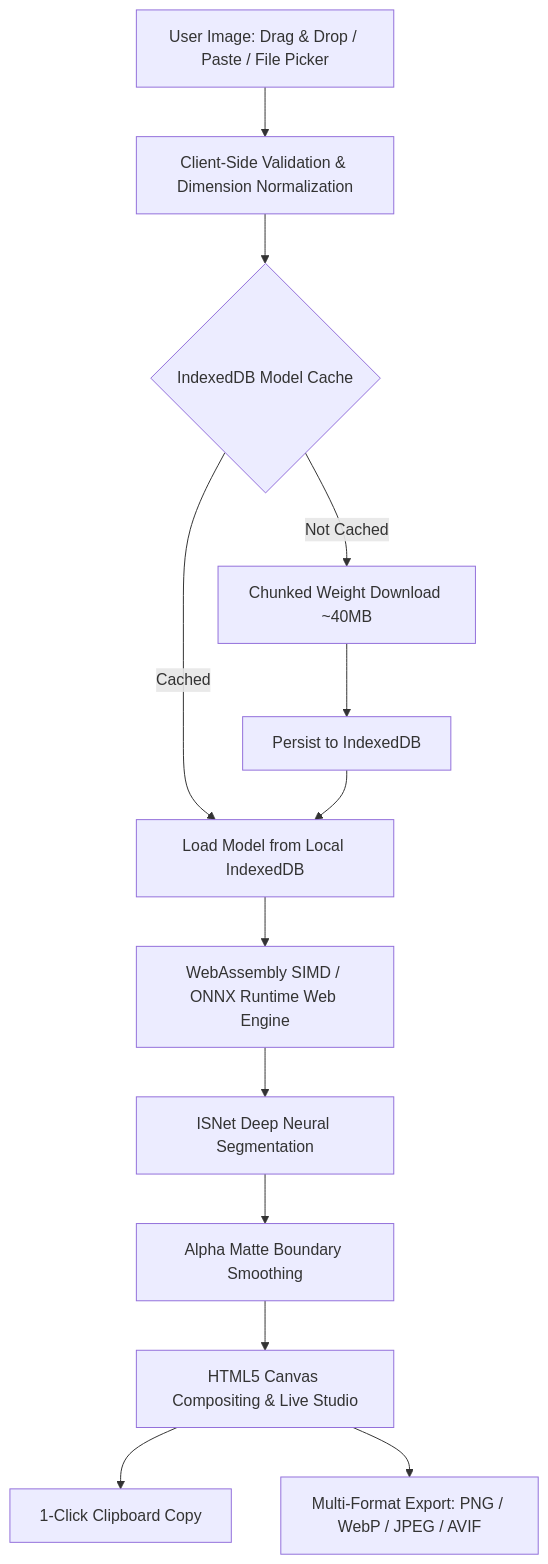
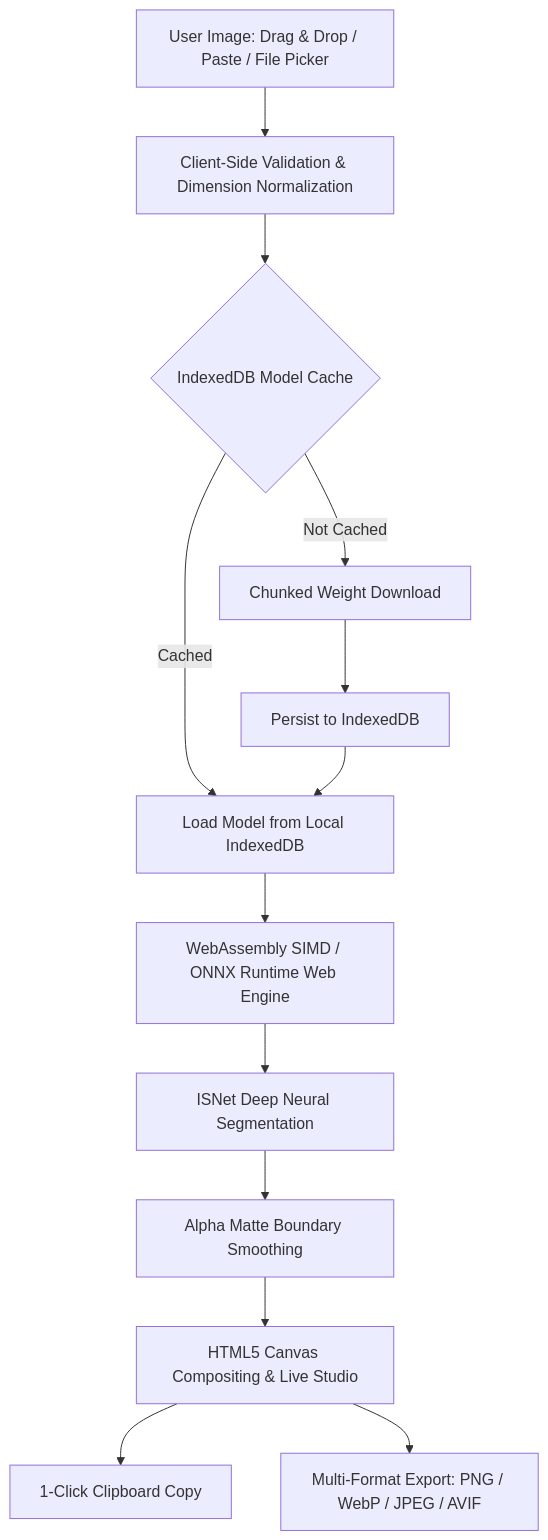
One commit to arifjahan88/clear-cut changed the diagram in README.md. Above: the diagram before and after it, drawn with Mermaid. The commit also changed other lines of this file and 4 other files, not shown here.

````diff
--- a/README.md
+++ b/README.md
@@ -119,15 +119,15 @@
 ```mermaid
 flowchart TD
     A[User Image: Drag & Drop / Paste / File Picker] --> B[Client-Side Validation & Dimension Normalization]
     B --> C{IndexedDB Model Cache}
     C -- Cached --> D[Load Model from Local IndexedDB]
-    C -- Not Cached --> E[Chunked Weight Download ~40MB]
+    C -- Not Cached --> E[Chunked Weight Download]
     E --> F[Persist to IndexedDB]
     F --> D
     D --> G[WebAssembly SIMD / ONNX Runtime Web Engine]
     G --> H[ISNet Deep Neural Segmentation]
     H --> I[Alpha Matte Boundary Smoothing]
     I --> J[HTML5 Canvas Compositing & Live Studio]
     J --> K[1-Click Clipboard Copy]
     J --> L[Multi-Format Export: PNG / WebP / JPEG / AVIF]
 ```
````
